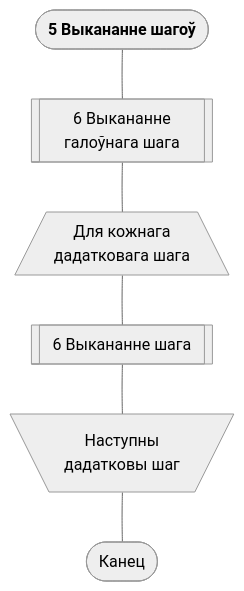
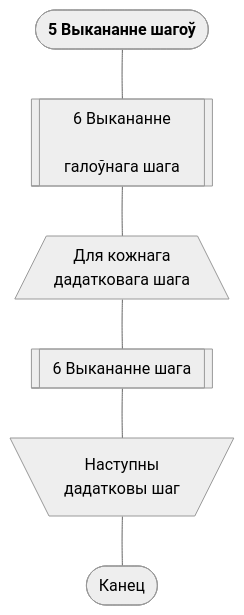
One commit to savushkin-r-d/ptusa_main changed the third of 5 diagrams in docs/belorussian_readme/readmeBY.md. Above: the diagram before and after it, drawn with Mermaid. The commit also changed other lines of this file, not shown here.

````diff
--- a/docs/belorussian_readme/readmeBY.md
+++ b/docs/belorussian_readme/readmeBY.md
@@ -64,11 +64,12 @@
 ``` mermaid
 %%{ init: {'theme': 'neutral'} }%%
 
 flowchart TD
-    A([<b>5 Выкананне шагоў</b>]) --- A1[[<p style='width:150px'>6 Выкананне <br/> галоўнага шага]]
+    A([<b>5 Выкананне шагоў</b>]) --- A1[[<p style='width:150px'>6 Выкананне
+ <br/> галоўнага шага]]
     A1 --- B[/Для кожнага <br/> дадатковага шага\]
     B --- C[[<p style='width:150px'>6 Выкананне шага]]
     C --- D[\"Наступны <br/> дадатковы шаг"/]
     D --- E([Канец])
 
 ```
````
